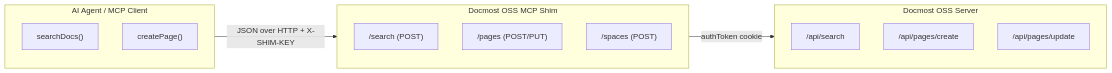
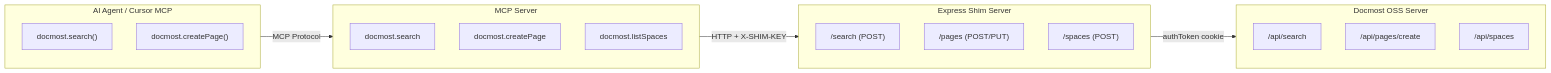
One commit to dJPoida/docmost-oss-mcp-shim changed the diagram in README.md. Above: the diagram before and after it, drawn with Mermaid. The commit also changed other lines of this file and 2 other files, not shown here.

````diff
--- a/README.md
+++ b/README.md
@@ -185,22 +223,29 @@
 ```mermaid
 flowchart LR
-  subgraph A[AI Agent / MCP Client]
-    X1["searchDocs()"]
-    X2["createPage()"]
+  subgraph A[AI Agent / Cursor MCP]
+    X1["docmost.search()"]
+    X2["docmost.createPage()"]
   end
 
-  subgraph B[Docmost OSS MCP Shim]
+  subgraph B[MCP Server]
+    M1["docmost.search"]
+    M2["docmost.createPage"]
+    M3["docmost.listSpaces"]
+  end
+
+  subgraph C[Express Shim Server]
     S1["/search (POST)"]
     S2["/pages (POST/PUT)"]
     S3["/spaces (POST)"]
   end
 
-  subgraph C[Docmost OSS Server]
+  subgraph D[Docmost OSS Server]
     D1["/api/search"]
     D2["/api/pages/create"]
-    D3["/api/pages/update"]
+    D3["/api/spaces"]
   end
 
-  A -->|JSON over HTTP + X-SHIM-KEY| B
-  B -->|authToken cookie| C
+  A -->|MCP Protocol| B
+  B -->|HTTP + X-SHIM-KEY| C
+  C -->|authToken cookie| D
 ```
````
